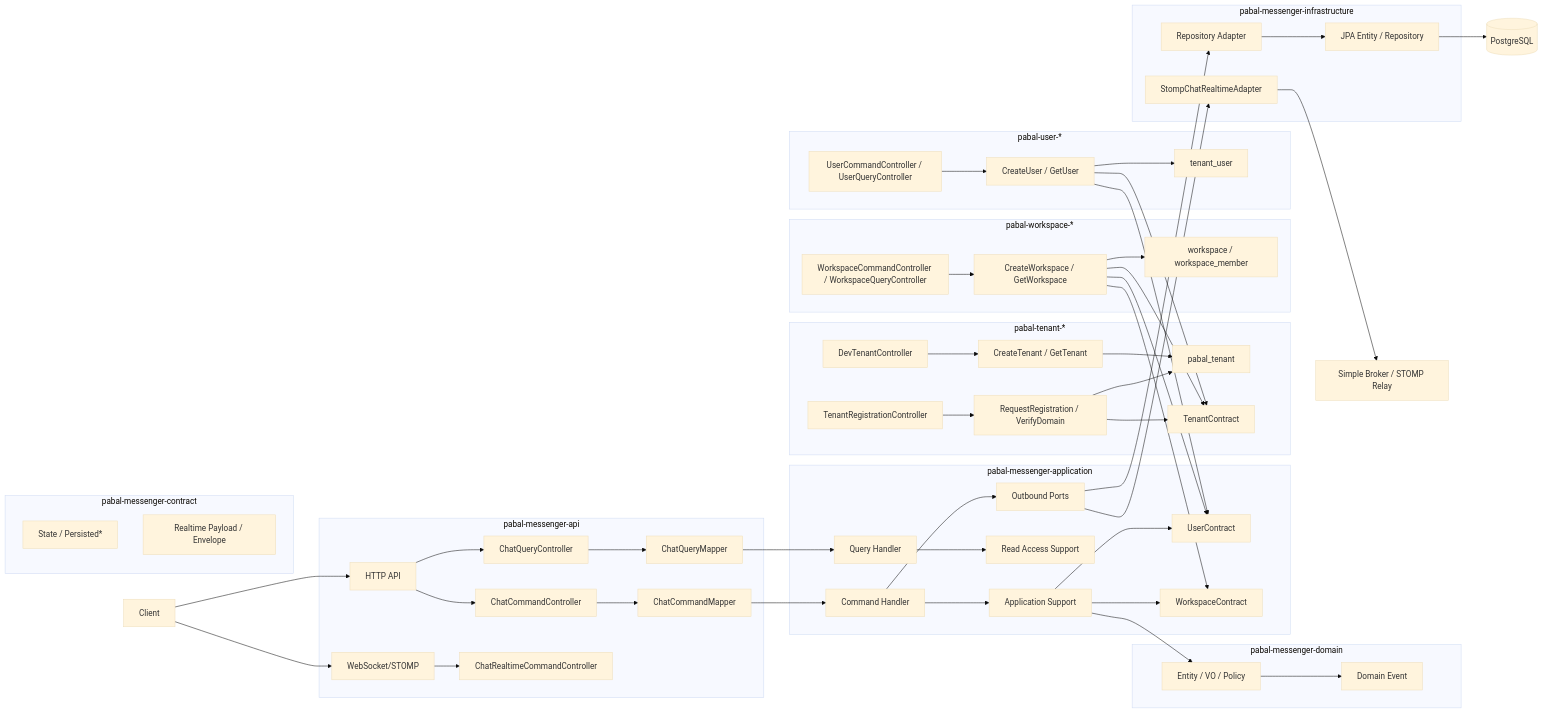
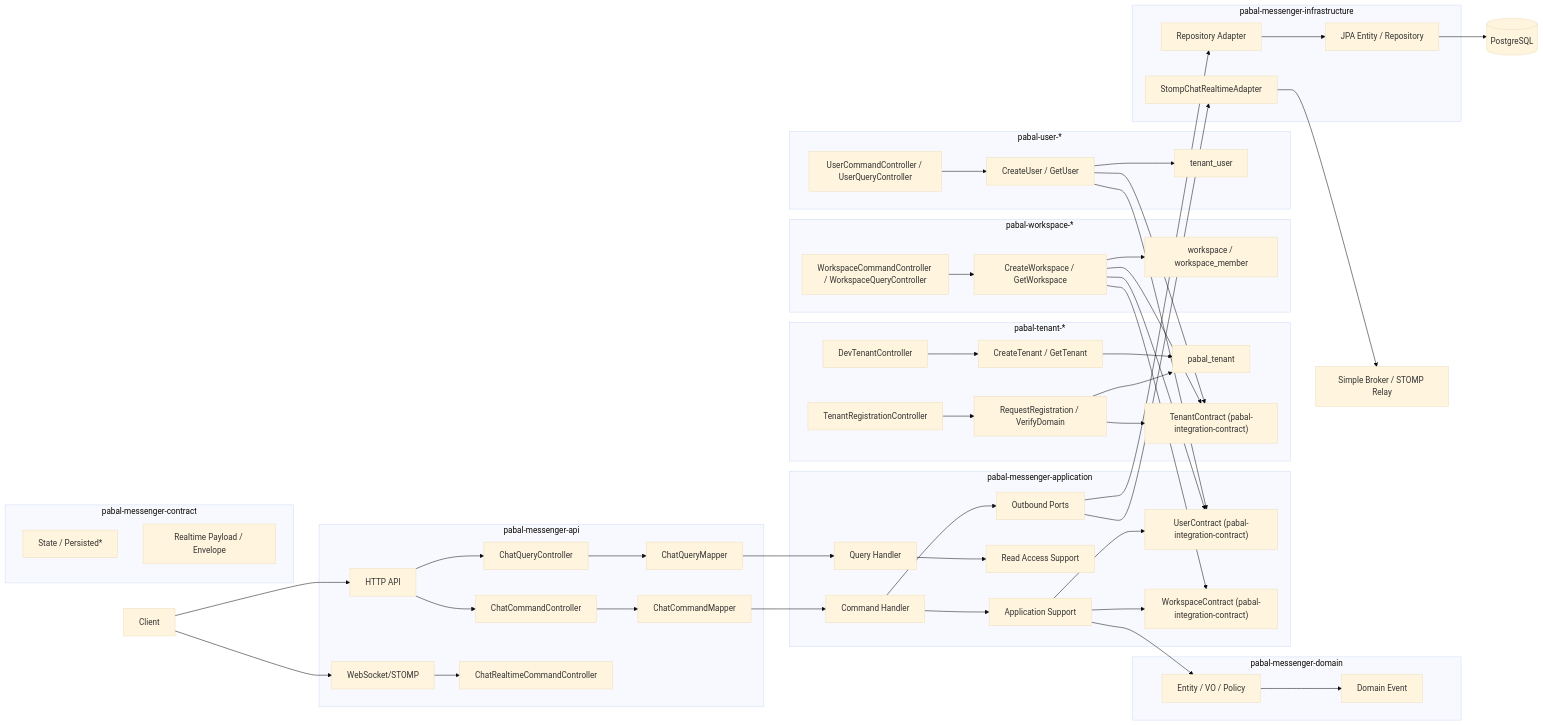
One commit to woojun-k/pabal changed the diagram in docs/architecture/overview.md. Above: the diagram before and after it, drawn with Mermaid (base theme). The commit also changed other lines of this file and 23 other files, not shown here.

````diff
--- a/docs/architecture/overview.md
+++ b/docs/architecture/overview.md
@@ -42,65 +42,65 @@
 ```mermaid
 flowchart LR
     client["Client"] --> http["HTTP API"]
     client --> ws["WebSocket/STOMP"]
 
     subgraph API["pabal-messenger-api"]
         http --> commandController["ChatCommandController"]
         http --> queryController["ChatQueryController"]
         ws --> realtimeController["ChatRealtimeCommandController"]
         commandController --> commandMapper["ChatCommandMapper"]
         queryController --> queryMapper["ChatQueryMapper"]
     end
 
     subgraph APP["pabal-messenger-application"]
         commandMapper --> commandHandler["Command Handler"]
         queryMapper --> queryHandler["Query Handler"]
         commandHandler --> support["Application Support"]
         queryHandler --> readSupport["Read Access Support"]
         commandHandler --> ports["Outbound Ports"]
-        support --> userContract["UserContract"]
-        support --> workspaceContract["WorkspaceContract"]
+        support --> userContract["UserContract (pabal-integration-contract)"]
+        support --> workspaceContract["WorkspaceContract (pabal-integration-contract)"]
     end
 
     subgraph TENANT["pabal-tenant-*"]
         tenantApi["TenantRegistrationController"] --> tenantApp["RequestRegistration / VerifyDomain"]
         tenantDevApi["DevTenantController"] --> tenantDevApp["CreateTenant / GetTenant"]
         tenantApp --> tenantTable["pabal_tenant"]
         tenantDevApp --> tenantTable
-        tenantApp --> tenantContract["TenantContract"]
+        tenantApp --> tenantContract["TenantContract (pabal-integration-contract)"]
     end
 
     subgraph WORKSPACE["pabal-workspace-*"]
         workspaceApi["WorkspaceCommandController / WorkspaceQueryController"] --> workspaceApp["CreateWorkspace / GetWorkspace"]
         workspaceApp --> workspaceTables["workspace / workspace_member"]
         workspaceApp --> workspaceContract
         workspaceApp --> tenantContract
         workspaceApp --> userContract
     end
 
     subgraph USER["pabal-user-*"]
         userApi["UserCommandController / UserQueryController"] --> userApp["CreateUser / GetUser"]
         userApp --> tenantUser["tenant_user"]
         userApp --> userContract
         userApp --> tenantContract
     end
 
     subgraph DOMAIN["pabal-messenger-domain"]
         support --> model["Entity / VO / Policy"]
         model --> events["Domain Event"]
     end
 
     subgraph CONTRACT["pabal-messenger-contract"]
         state["State / Persisted*"]
         realtime["Realtime Payload / Envelope"]
     end
 
     subgraph INFRA["pabal-messenger-infrastructure"]
         ports --> repoAdapter["Repository Adapter"]
         repoAdapter --> jpa["JPA Entity / Repository"]
         ports --> stomp["StompChatRealtimeAdapter"]
     end
 
     jpa --> db[(PostgreSQL)]
     stomp --> broker["Simple Broker / STOMP Relay"]
 ```
````
